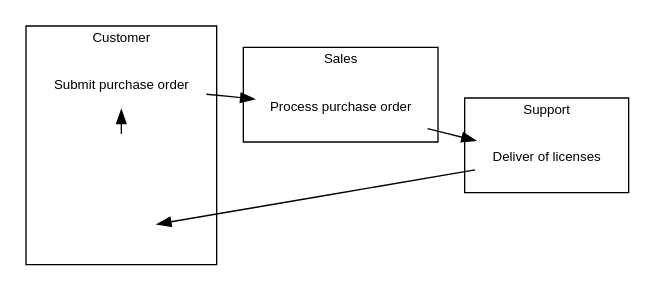
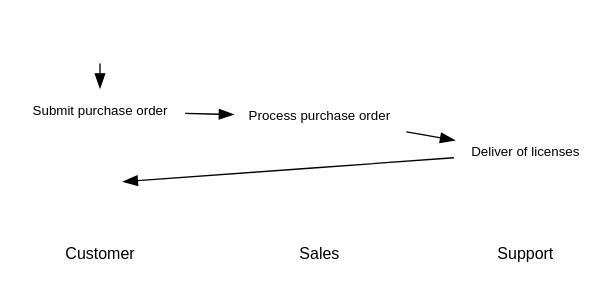
The diagram in examples/activity1.gv (hean01/graphviz-uml), drawn with Graphviz before and after one commit.

Commit message:
Fixed the layout of an activity diagram using some kind of pseudo swimlanes.

```diff
--- a/examples/activity1.gv
+++ b/examples/activity1.gv
@@ -1,47 +1,46 @@
 digraph G {
 	/* basic setup */
 	compound=true;
 	rankdir = LR;
 	fontname="Helvetica";
 	fontsize="10";
 	node [
 		shape=objective,
 		peripheries=0,
 		label="",
 		fontname="Helvetica",
 		fontsize="10"
-		];
+	];
 
 	/* Swimlanes */
-	subgraph clusterCustomer {
-		 label="Customer"; 
-		 labelloc="t";
-		 start [shape=start];
-		 order;
-		 stop [shape=stop];
-		 {rank=same; start;order;stop;}
-		 };
+	{  
+		edge [style=invis]
+		node [shape=plaintext, fontsize=12]
 
-	subgraph clusterSales {
-		 label="Sales"; labelloc="t";
-		 process_po;
-		 };
+		/* Actors */
+		customer[label="Customer"]
+		support[label="Support"]
+		sales[label="Sales"]
 
-	subgraph clusterSupport {
-		 label="Support";
-		 labelloc="t";
-		 deliv_licenses
-		 };
+		customer->sales->support
+	}
 
 	/* Activities */
+	start [shape=start, width=0.5, fixedsize=true]
 	order [label="Submit purchase order"];
 	process_po [label="Process purchase order"];
 	deliv_licenses [label="Deliver of licenses"];
-	
+	stop [shape=stop, width=0.5, fixedsize=true];
+
 	/* Flow */
 	start->order
 	order->process_po
 	process_po->deliv_licenses
 	deliv_licenses->stop
 
+	/* Assign activities to actors */
+	{ rank=same; customer; start; order; stop; }
+	{ rank=same; sales; process_po; }
+	{ rank=same; support; deliv_licenses; }
+
 }
```
